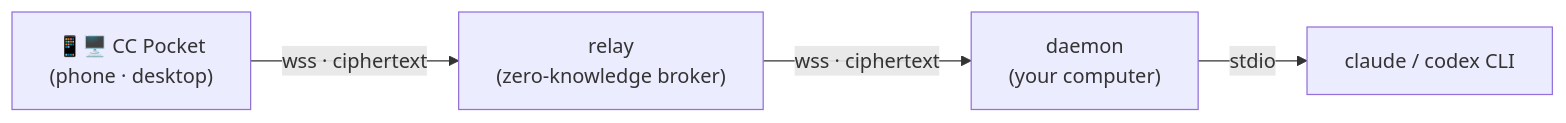
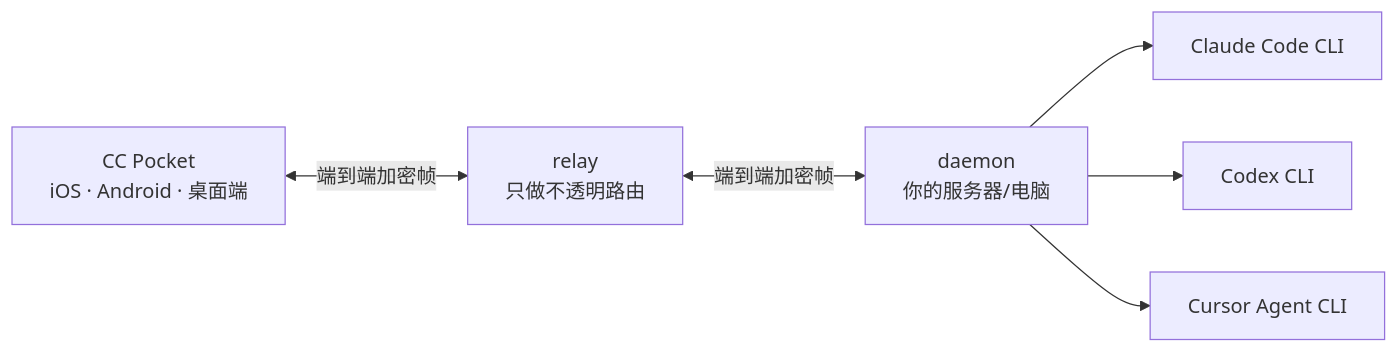
Before and after one commit to heypandax/cc-pocket: the diagram in README.zh-CN.md, drawn with Mermaid. The commit also changed other lines of this file and 1 other file, not shown here.

````diff
--- a/README.zh-CN.md
+++ b/README.zh-CN.md
@@ -13,6 +29,8 @@
 ```mermaid
 flowchart LR
-    phone["📱🖥️ CC Pocket<br/>(phone · desktop)"] -- "wss · ciphertext" --> relay["relay<br/>(zero-knowledge broker)"]
-    relay -- "wss · ciphertext" --> daemon["daemon<br/>(your computer)"]
-    daemon -- "stdio" --> agent["claude / codex CLI"]
+    app["CC Pocket<br/>iOS · Android · 桌面端"] <-->|"端到端加密帧"| relay["relay<br/>只做不透明路由"]
+    relay <-->|"端到端加密帧"| daemon["daemon<br/>你的服务器/电脑"]
+    daemon --> claude["Claude Code CLI"]
+    daemon --> codex["Codex CLI"]
+    daemon --> cursor["Cursor Agent CLI"]
 ```
````
